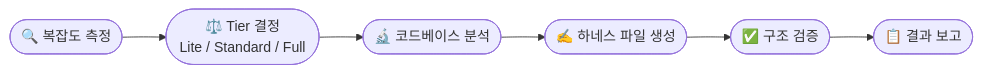
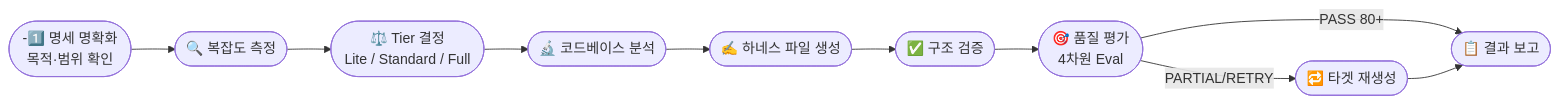
Before and after one commit to Malburi/harness-ito: the first of 3 diagrams in README.md, drawn with Mermaid. The commit also changed other lines of this file and 5 other files, not shown here.

````diff
--- a/README.md
+++ b/README.md
@@ -71,8 +90,12 @@
 ```mermaid
 flowchart LR
+    S([-1️⃣ 명세 명확화\n목적·범위 확인]) --> A
     A([🔍 복잡도 측정]) --> B([⚖️ Tier 결정\nLite / Standard / Full])
     B --> C([🔬 코드베이스 분석])
     C --> D([✍️ 하네스 파일 생성])
     D --> E([✅ 구조 검증])
-    E --> F([📋 결과 보고])
+    E --> G([🎯 품질 평가\n4차원 Eval])
+    G -->|PASS 80+| F([📋 결과 보고])
+    G -->|PARTIAL/RETRY| H([🔁 타겟 재생성])
+    H --> F
 ```
````
